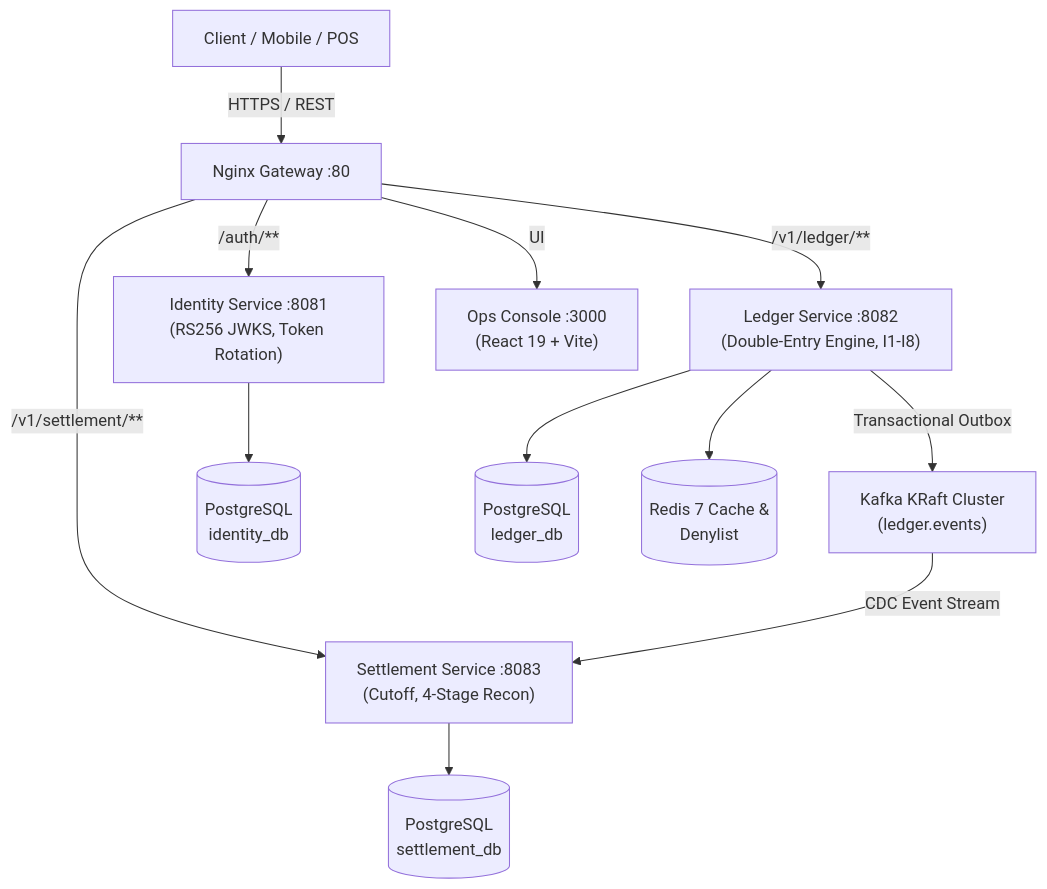
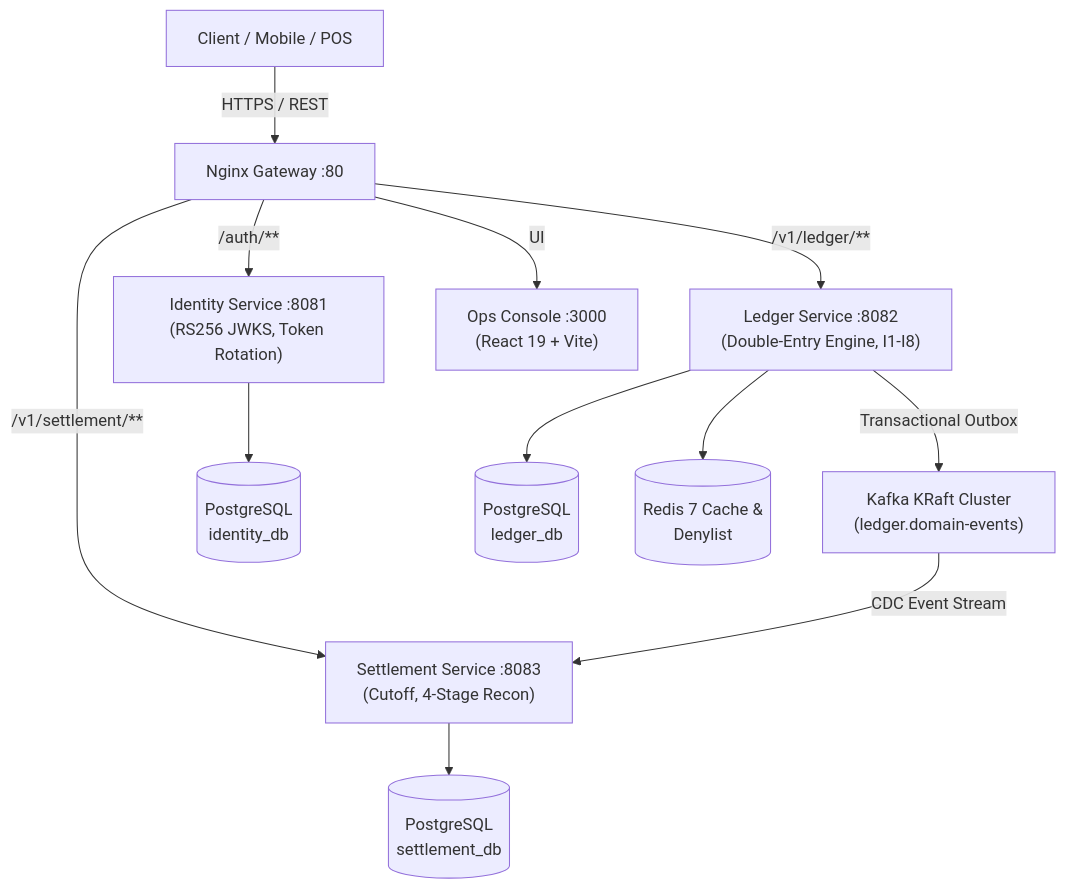
The diagram in README.md (YEsh-DEV/Payments-Settlement-Platform), drawn with Mermaid before and after one commit. The commit also changed 22 other files, not shown here.

````diff
--- a/README.md
+++ b/README.md
@@ -15,17 +15,17 @@
 ```mermaid
 flowchart TD
     Client["Client / Mobile / POS"] -->|HTTPS / REST| Ingress["Nginx Gateway :80"]
     Ingress -->|/auth/**| Identity["Identity Service :8081\n(RS256 JWKS, Token Rotation)"]
     Ingress -->|/v1/ledger/**| Ledger["Ledger Service :8082\n(Double-Entry Engine, I1-I8)"]
     Ingress -->|/v1/settlement/**| Settlement["Settlement Service :8083\n(Cutoff, 4-Stage Recon)"]
     Ingress -->|UI| Console["Ops Console :3000\n(React 19 + Vite)"]
 
-    Ledger -->|Transactional Outbox| Kafka["Kafka KRaft Cluster\n(ledger.events)"]
+    Ledger -->|Transactional Outbox| Kafka["Kafka KRaft Cluster\n(ledger.domain-events)"]
     Kafka -->|CDC Event Stream| Settlement
 
     Identity --> DB_Id[("PostgreSQL\nidentity_db")]
     Ledger --> DB_Led[("PostgreSQL\nledger_db")]
     Settlement --> DB_Set[("PostgreSQL\nsettlement_db")]
 
     Ledger --> Redis[("Redis 7 Cache &\nDenylist")]
 ```
````
